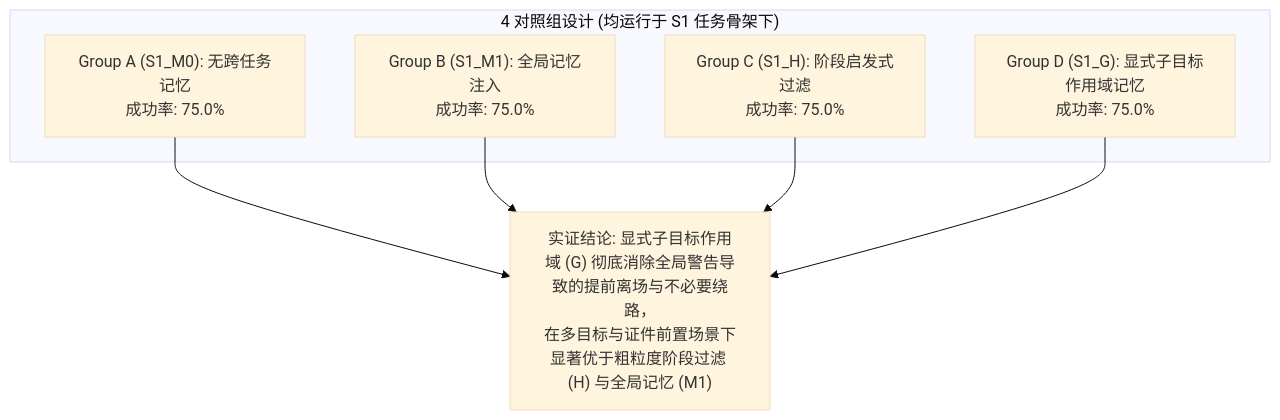
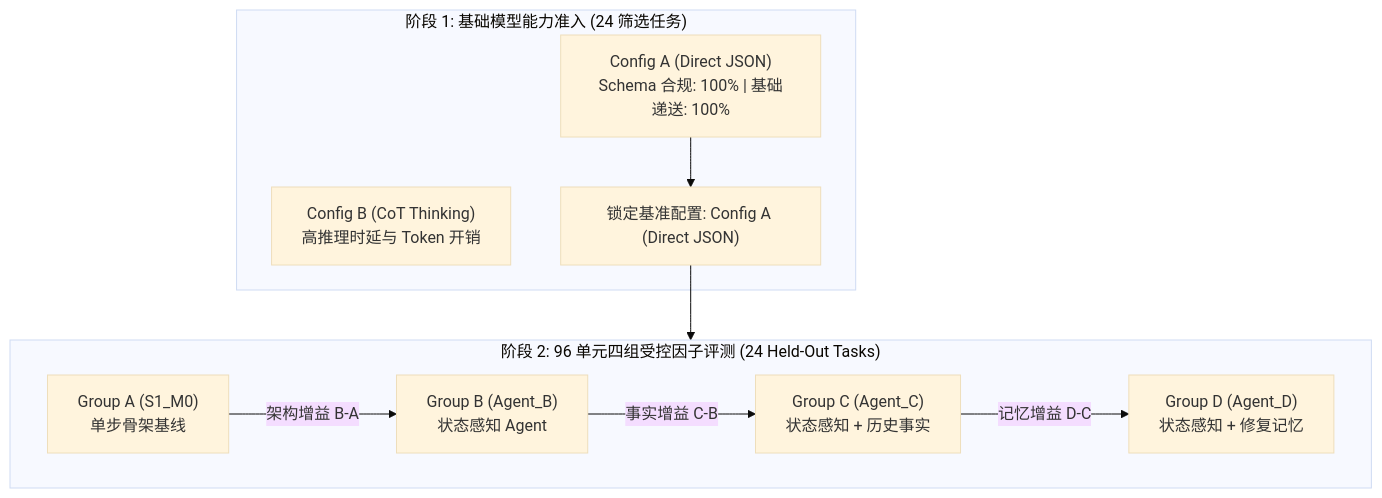
Before and after one commit to JingAo-Shen/failmem-ros2-agent: the diagram in research/agent_task_repair/pilot_report.md, drawn with Mermaid (base theme). The commit also changed other lines of this file and 21 other files, not shown here.

Commit message:
feat(stage2): complete model screening, stateful agent architecture, repair memory, and 96-run held-out evaluation

````diff
--- a/research/agent_task_repair/pilot_report.md
+++ b/research/agent_task_repair/pilot_report.md
@@ -17,13 +16,21 @@
 ```mermaid
 flowchart TD
-    subgraph Groups["4 对照组设计 (均运行于 S1 任务骨架下)"]
-        GA["Group A (S1_M0): 无跨任务记忆<br/>成功率: 75.0%"]
-        GB["Group B (S1_M1): 全局记忆注入<br/>成功率: 75.0%"]
-        GC["Group C (S1_H): 阶段启发式过滤<br/>成功率: 75.0%"]
-        GD["Group D (S1_G): 显式子目标作用域记忆<br/>成功率: 75.0%"]
+    subgraph S["阶段 1: 基础模型能力准入 (24 筛选任务)"]
+        MA["Config A (Direct JSON)<br/>Schema 合规: 100% | 基础递送: 100%"]
+        MB["Config B (CoT Thinking)<br/>高推理时延与 Token 开销"]
+        MA --> Lock["锁定基准配置: Config A (Direct JSON)"]
     end
-    GA --> Comp["实证结论: 显式子目标作用域 (G) 彻底消除全局警告导致的提前离场与不必要绕路，<br/>在多目标与证件前置场景下显著优于粗粒度阶段过滤 (H) 与全局记忆 (M1)"]
-    GB --> Comp
-    GC --> Comp
-    GD --> Comp
+
+    subgraph D["阶段 2: 96 单元四组受控因子评测 (24 Held-Out Tasks)"]
+        GA["Group A (S1_M0)<br/>单步骨架基线"]
+        GB["Group B (Agent_B)<br/>状态感知 Agent"]
+        GC["Group C (Agent_C)<br/>状态感知 + 历史事实"]
+        GD["Group D (Agent_D)<br/>状态感知 + 修复记忆"]
+        
+        GA -->|架构增益 B-A| GB
+        GB -->|事实增益 C-B| GC
+        GC -->|记忆增益 D-C| GD
+    end
+
+    Lock --> D
 ```
````
